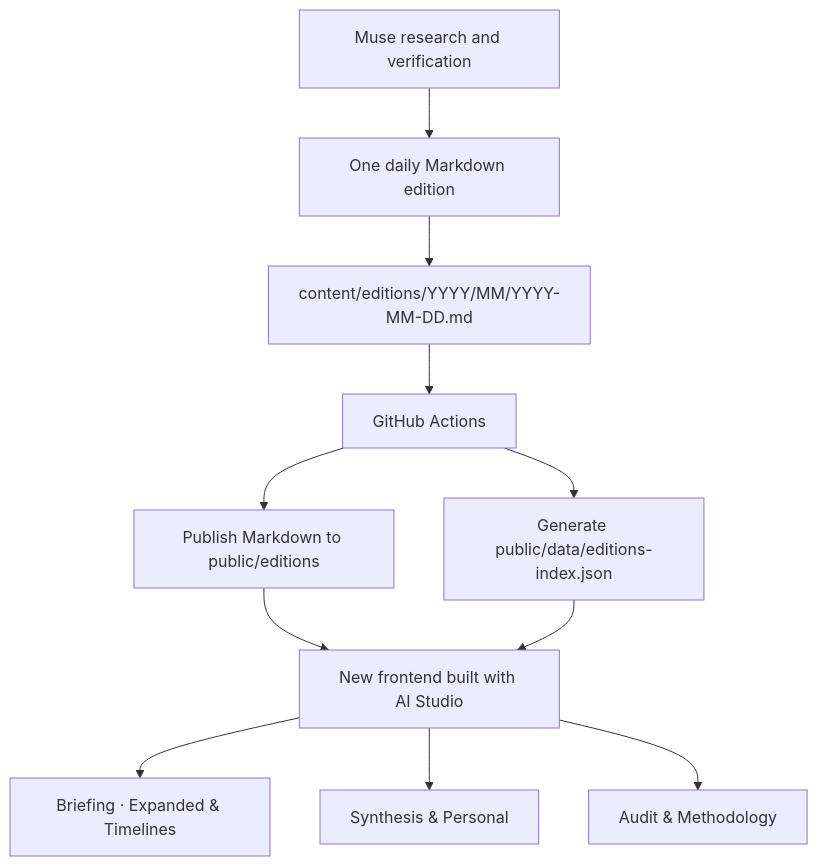
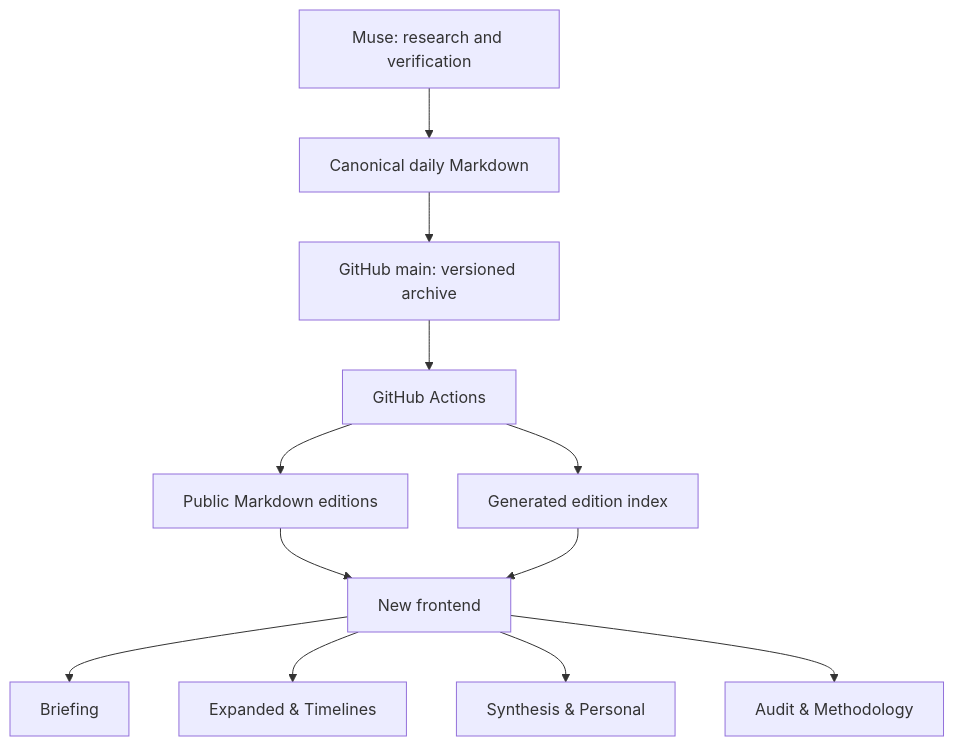
One commit to rockybuildingaiweb3-boop/world-signal changed the diagram in README.md. Above: the diagram before and after it, drawn with Mermaid. The commit also changed other lines of this file and 2 other files, not shown here.

```diff
--- a/README.md
+++ b/README.md
@@ -21,13 +24,14 @@
 ~~~mermaid
 flowchart TD
-  A[Muse research and verification] --> B[One daily Markdown edition]
-  B --> C[content/editions/YYYY/MM/YYYY-MM-DD.md]
+  A[Muse: research and verification] --> B[Canonical daily Markdown]
+  B --> C[GitHub main: versioned archive]
   C --> D[GitHub Actions]
-  D --> E[Publish Markdown to public/editions]
-  D --> F[Generate public/data/editions-index.json]
-  E --> G[New frontend built with AI Studio]
+  D --> E[Public Markdown editions]
+  D --> F[Generated edition index]
+  E --> G[New frontend]
   F --> G
-  G --> H[Briefing · Expanded & Timelines]
-  G --> I[Synthesis & Personal]
-  G --> J[Audit & Methodology]
+  G --> H[Briefing]
+  G --> I[Expanded & Timelines]
+  G --> J[Synthesis & Personal]
+  G --> K[Audit & Methodology]
 ~~~
```
